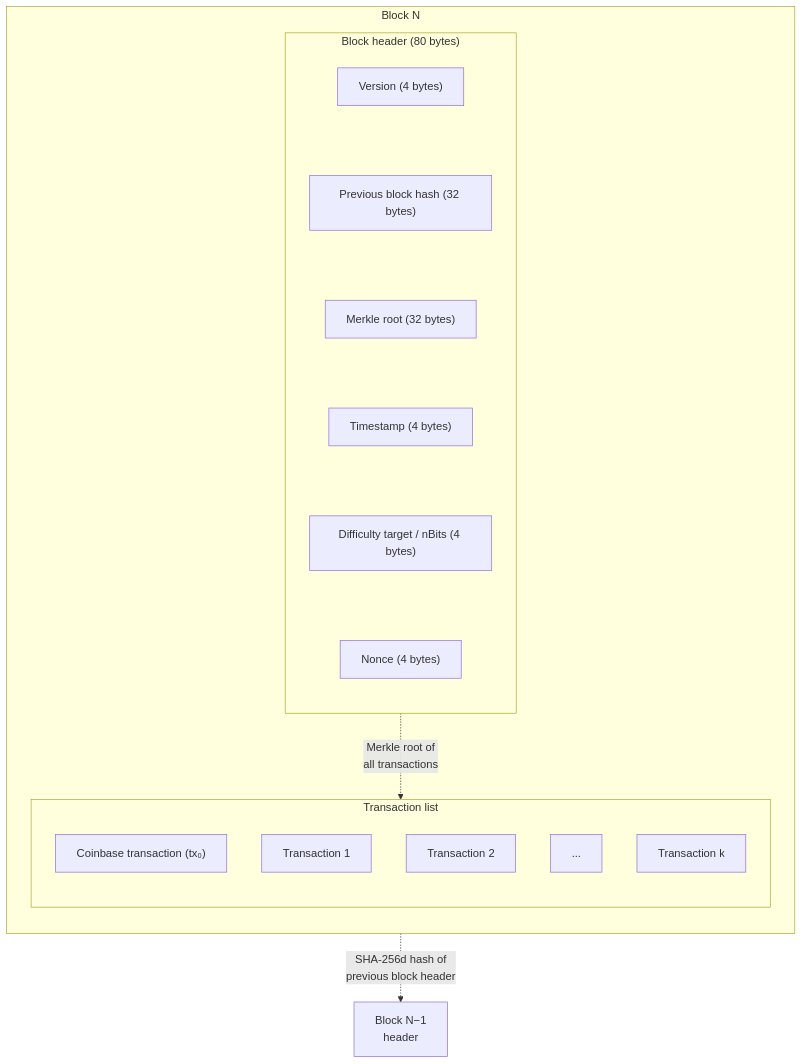
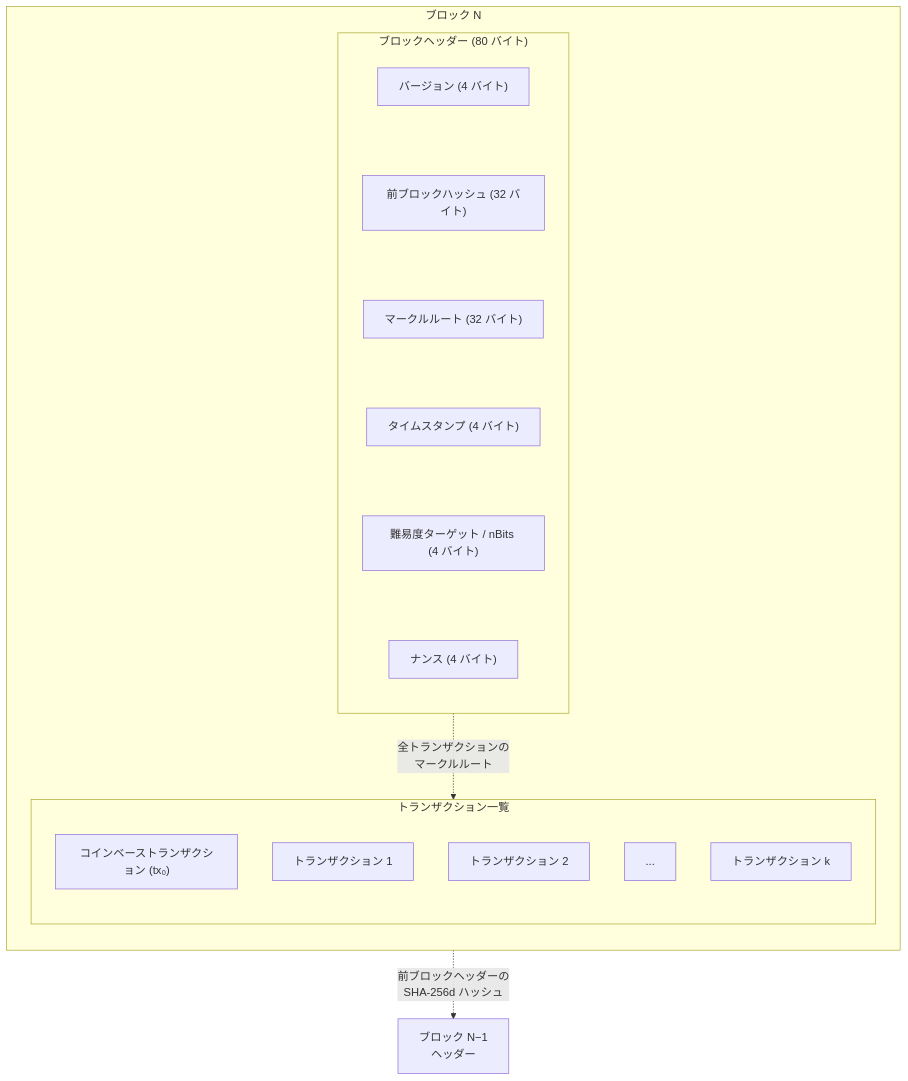
One commit to cypher256/BitcoinArchive changed the first of 4 diagrams in src/data/translations/ja/design/2009-01-03-bitcoin-block-chain-design.md. Above: the diagram before and after it, drawn with Mermaid. The commit also changed other lines of this file and 11 other files, not shown here.

````diff
--- a/src/data/translations/ja/design/2009-01-03-bitcoin-block-chain-design.md
+++ b/src/data/translations/ja/design/2009-01-03-bitcoin-block-chain-design.md
@@ -55,29 +55,29 @@
 ```mermaid
 flowchart TB
-    subgraph BLOCK["Block N"]
+    subgraph BLOCK["ブロック N"]
         direction TB
-        subgraph HEADER["Block header (80 bytes)"]
+        subgraph HEADER["ブロックヘッダー (80 バイト)"]
             direction TB
-            VER["Version (4 bytes)"]
-            PREV["Previous block hash (32 bytes)"]
-            MERK["Merkle root (32 bytes)"]
-            TIME["Timestamp (4 bytes)"]
-            BITS["Difficulty target / nBits (4 bytes)"]
-            NONCE["Nonce (4 bytes)"]
+            VER["バージョン (4 バイト)"]
+            PREV["前ブロックハッシュ (32 バイト)"]
+            MERK["マークルルート (32 バイト)"]
+            TIME["タイムスタンプ (4 バイト)"]
+            BITS["難易度ターゲット / nBits (4 バイト)"]
+            NONCE["ナンス (4 バイト)"]
         end
 
-        subgraph TXLIST["Transaction list"]
+        subgraph TXLIST["トランザクション一覧"]
             direction TB
-            CB["Coinbase transaction (tx₀)"]
-            TX1["Transaction 1"]
-            TX2["Transaction 2"]
+            CB["コインベーストランザクション (tx₀)"]
+            TX1["トランザクション 1"]
+            TX2["トランザクション 2"]
             TXN["..."]
-            TXK["Transaction k"]
+            TXK["トランザクション k"]
         end
     end
 
-    MERK -. "Merkle root of\nall transactions" .-> CB
-    PREV -. "SHA-256d hash of\nprevious block header" .-> PREVBLOCK["Block N−1\nheader"]
+    MERK -. "全トランザクションの\nマークルルート" .-> CB
+    PREV -. "前ブロックヘッダーの\nSHA-256d ハッシュ" .-> PREVBLOCK["ブロック N−1\nヘッダー"]
 
     VER ~~~ PREV ~~~ MERK ~~~ TIME ~~~ BITS ~~~ NONCE
 ```
````
